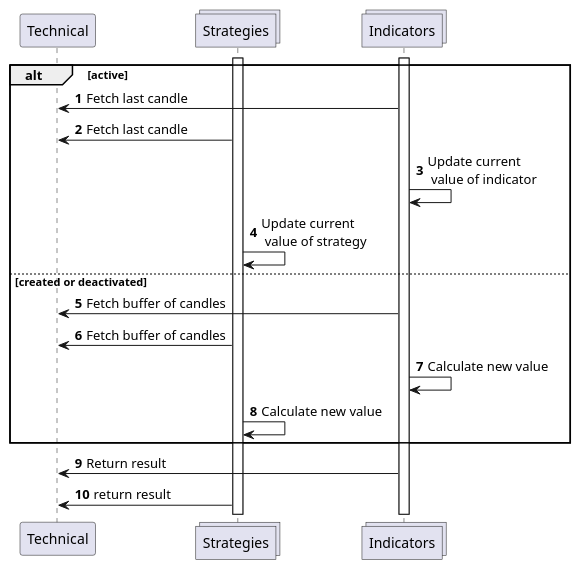
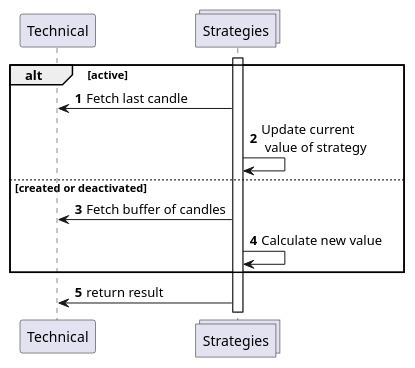
One commit to R-tooR/tradebot-game-concept changed the diagram in sequence-diagrams/calculating-technical.puml. Above: the diagram before and after it, drawn with PlantUML. The commit also changed 2 other files, not shown here.

Commit message:
Indicator and Strategy separated aggregates replaced by Strategy composite

```diff
--- a/sequence-diagrams/calculating-technical.puml
+++ b/sequence-diagrams/calculating-technical.puml
@@ -1,25 +1,18 @@
 @startuml
 'https://plantuml.com/sequence-diagram
 
 autonumber
 participant Technical as tech
 collections Strategies as str
-collections Indicators as ind
 
 
-activate ind
 activate str
 alt active
-ind -> tech : Fetch last candle
 str -> tech : Fetch last candle
-ind -> ind : Update current\n value of indicator
 str -> str : Update current\n value of strategy
 else created or deactivated
-ind -> tech : Fetch buffer of candles
 str -> tech : Fetch buffer of candles
-ind -> ind : Calculate new value
 str -> str : Calculate new value
 end alt
-ind -> tech : Return result
 str -> tech : return result
 @enduml
```
